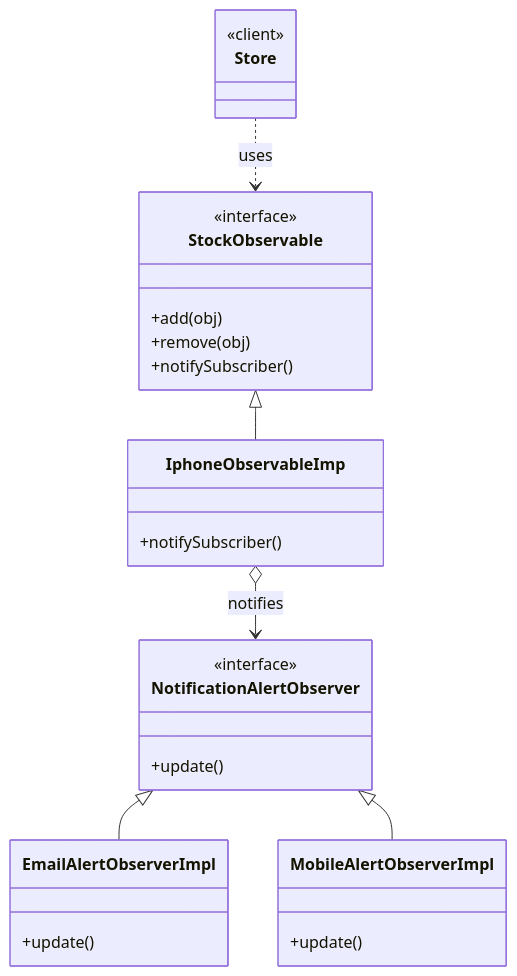
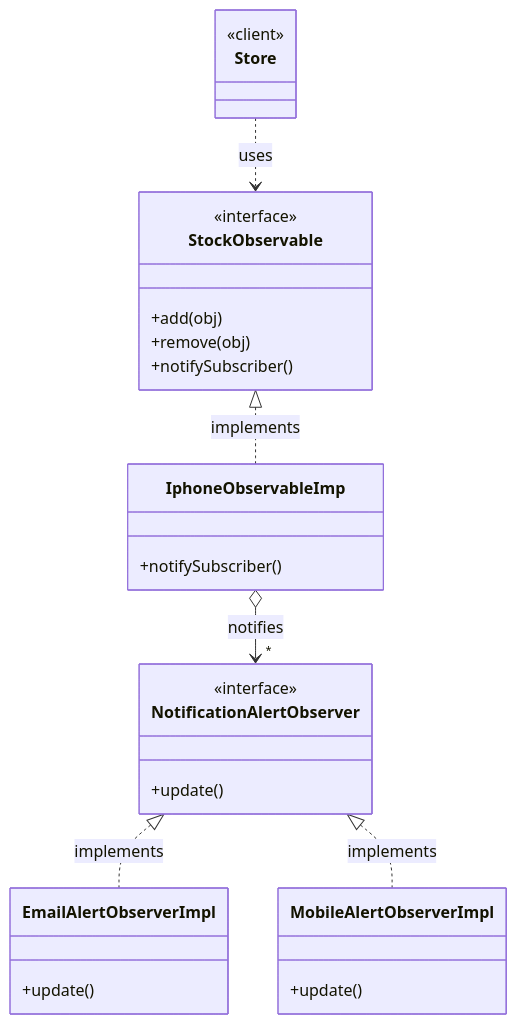
The diagram in src/BehavioralDesignPatterns/ObserverPattern/class-diagram.md (Reetesh-123/Low-Level-Design), drawn with Mermaid before and after one commit. The commit also changed other lines of this file, not shown here.

Commit message:
Use correct UML realization arrows in Observer class diagram
Concrete classes implement StockObservable/NotificationAlertObserver
(interfaces), which is realization, not inheritance - fixes the
<|-- arrows to <|.. Also drops the manually forced top-down layout
in favor of Mermaid's default auto-layout, and adds multiplicity on
the aggregation edge per standard UML practice.

````diff
--- a/src/BehavioralDesignPatterns/ObserverPattern/class-diagram.md
+++ b/src/BehavioralDesignPatterns/ObserverPattern/class-diagram.md
@@ -5,40 +5,38 @@
 ```mermaid
 classDiagram
-    direction TB
-
     class Store {
       <<client>>
     }
 
     class StockObservable {
       <<interface>>
       +add(obj)
       +remove(obj)
       +notifySubscriber()
     }
 
     class IphoneObservableImp {
       +notifySubscriber()
     }
 
     class NotificationAlertObserver {
       <<interface>>
       +update()
     }
 
     class EmailAlertObserverImpl {
       +update()
     }
 
     class MobileAlertObserverImpl {
       +update()
     }
 
     Store ..> StockObservable : uses
 
-    StockObservable <|-- IphoneObservableImp
-    NotificationAlertObserver <|-- EmailAlertObserverImpl
-    NotificationAlertObserver <|-- MobileAlertObserverImpl
+    StockObservable <|.. IphoneObservableImp : implements
+    NotificationAlertObserver <|.. EmailAlertObserverImpl : implements
+    NotificationAlertObserver <|.. MobileAlertObserverImpl : implements
 
-    IphoneObservableImp o--> NotificationAlertObserver : notifies
+    IphoneObservableImp o--> "*" NotificationAlertObserver : notifies
 ```
````
